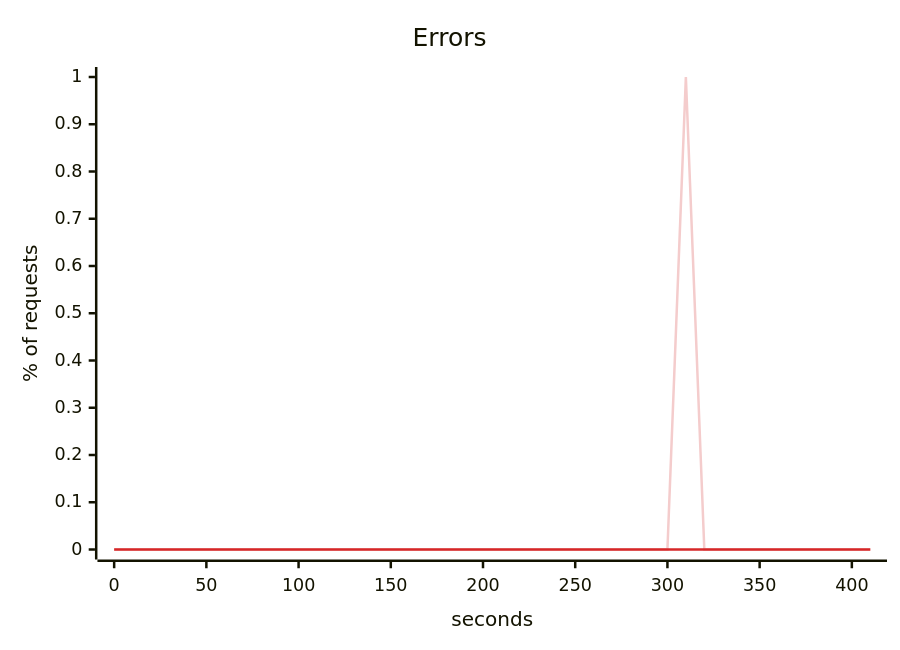
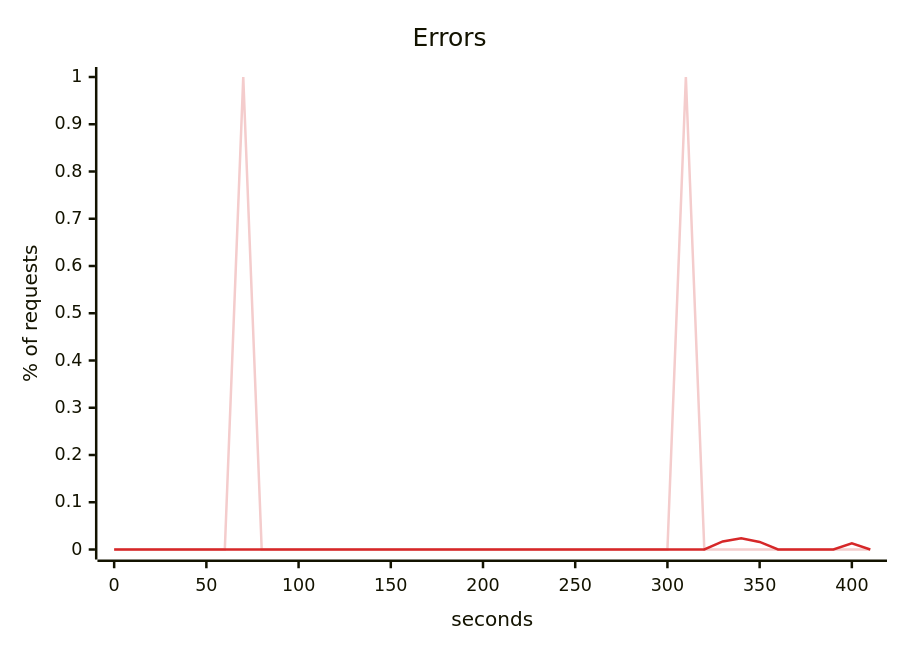
One commit to akinfemi/load-lore changed the fourth of 5 diagrams in scenarios/when-to-scale-your-database/solutions/one-query-per-page/report.md. Above: the diagram before and after it, drawn with Mermaid. The commit also changed other lines of this file and 125 other files, not shown here.

````diff
--- a/scenarios/when-to-scale-your-database/solutions/one-query-per-page/report.md
+++ b/scenarios/when-to-scale-your-database/solutions/one-query-per-page/report.md
@@ -79,15 +78,15 @@
 ```mermaid
 ---
 config:
   themeVariables:
     xyChart:
       backgroundColor: "transparent"
       plotColorPalette: "#f4cccc, #d62728"
 ---
 xychart-beta
     title "Errors"
     x-axis "seconds" 0 --> 410
     y-axis "% of requests" 0 --> 1
-    line [0, 0, 0, 0, 0, 0, 0, 0, 0, 0, 0, 0, 0, 0, 0, 0, 0, 0, 0, 0, 0, 0, 0, 0, 0, 0, 0, 0, 0, 0, 0, 1, 0, 0, 0, 0, 0, 0, 0, 0, 0, 0]
-    line [0, 0, 0, 0, 0, 0, 0, 0, 0, 0, 0, 0, 0, 0, 0, 0, 0, 0, 0, 0, 0, 0, 0, 0, 0, 0, 0, 0, 0, 0, 0, 0, 0, 0, 0, 0, 0, 0, 0, 0, 0, 0]
+    line [0, 0, 0, 0, 0, 0, 0, 1, 0, 0, 0, 0, 0, 0, 0, 0, 0, 0, 0, 0, 0, 0, 0, 0, 0, 0, 0, 0, 0, 0, 0, 1, 0, 0, 0, 0, 0, 0, 0, 0, 0, 0]
+    line [0, 0, 0, 0, 0, 0, 0, 0, 0, 0, 0, 0, 0, 0, 0, 0, 0, 0, 0, 0, 0, 0, 0, 0, 0, 0, 0, 0, 0, 0, 0, 0, 0, 0.017, 0.024, 0.016, 0, 0, 0, 0, 0.013, 0]
 ```
````
